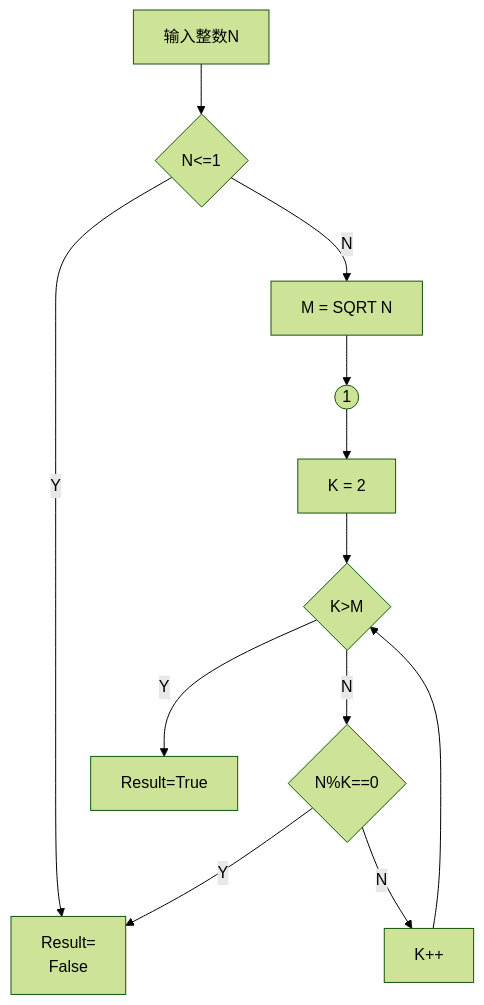
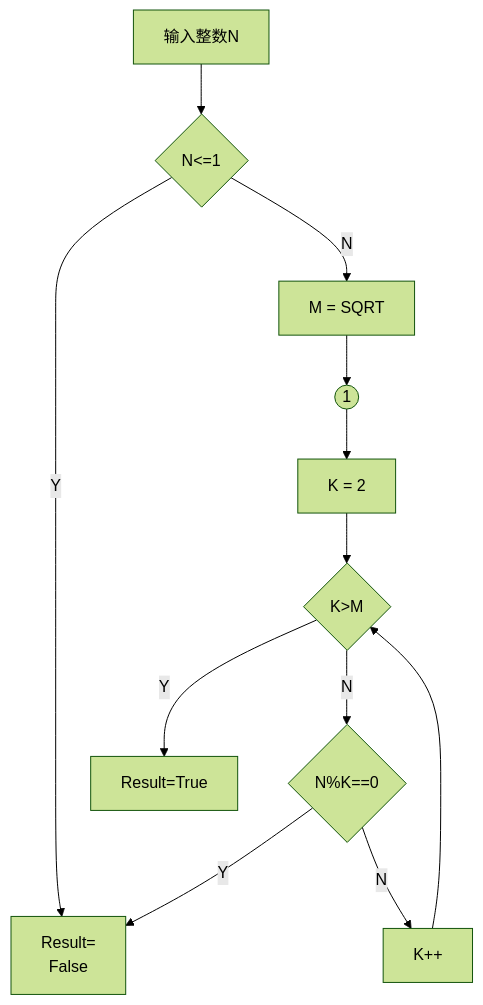
The diagram in all/未命名.md (timeisthe/iodraw-files), drawn with Mermaid (forest theme) before and after one commit.

Commit message:
2025-11-26 08:19:58 update

````diff
--- a/all/未命名.md
+++ b/all/未命名.md
@@ -1,38 +1,38 @@
 ```mermaid
 flowchart TD
     %% 定义节点样式和标签
     Start[输入整数N]
     DecN{N<=1}
-    CalcM[M = SQRT N]
+    CalcM[M = SQRT]
     
     %% 连接点1，用于连接左右两部分逻辑
     Connect1((1))
     
     InitK[K = 2]
     DecK{K>M}
     DecMod{N%K==0}
     IncK[K++]
     
     %% 结果节点
     ResFalse[Result=
     False]
     ResTrue[Result=True]
 
     %% 连线逻辑 - 左侧部分
     Start --> DecN
     DecN -- Y --> ResFalse
     DecN -- N --> CalcM
     CalcM --> Connect1
 
     %% 连线逻辑 - 右侧部分
     Connect1 --> InitK
     InitK --> DecK
     
     %% 循环逻辑
     DecK -- Y --> ResTrue
     DecK -- N --> DecMod
     
     DecMod -- Y --> ResFalse
     DecMod -- N --> IncK
     IncK --> DecK
 ```
````
